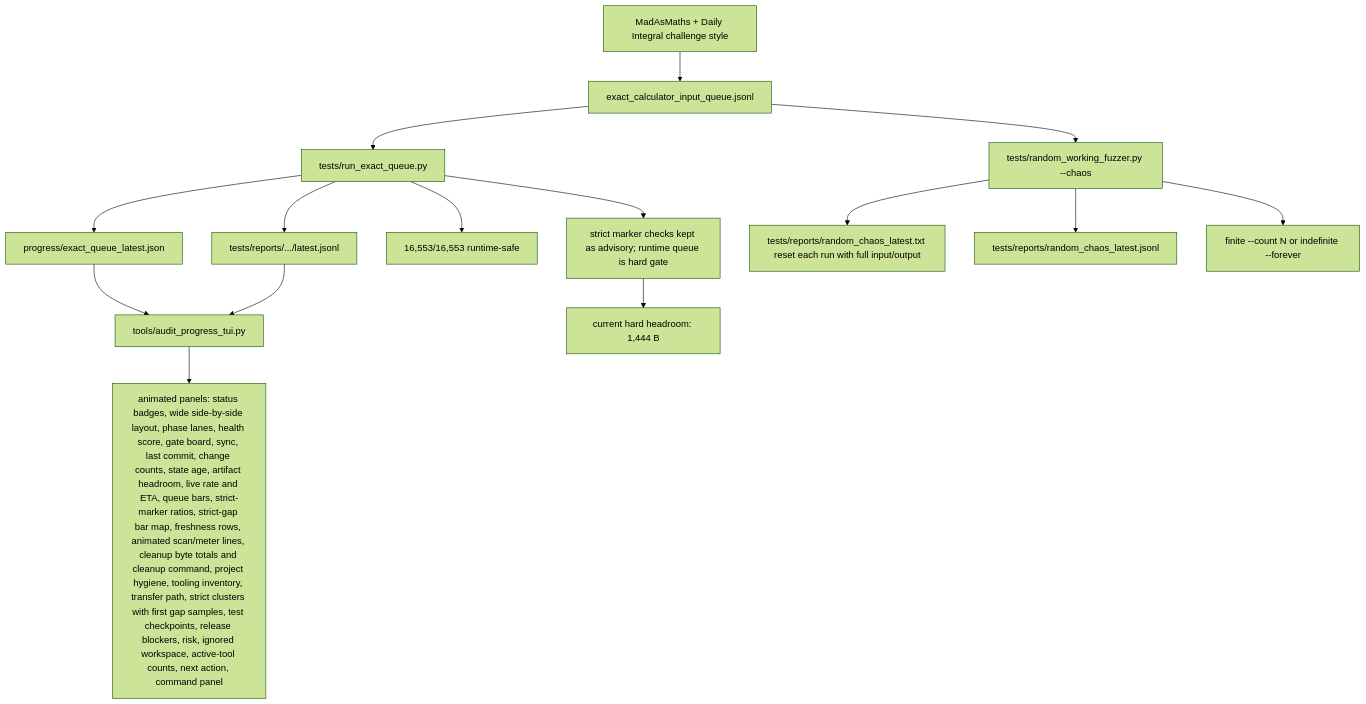
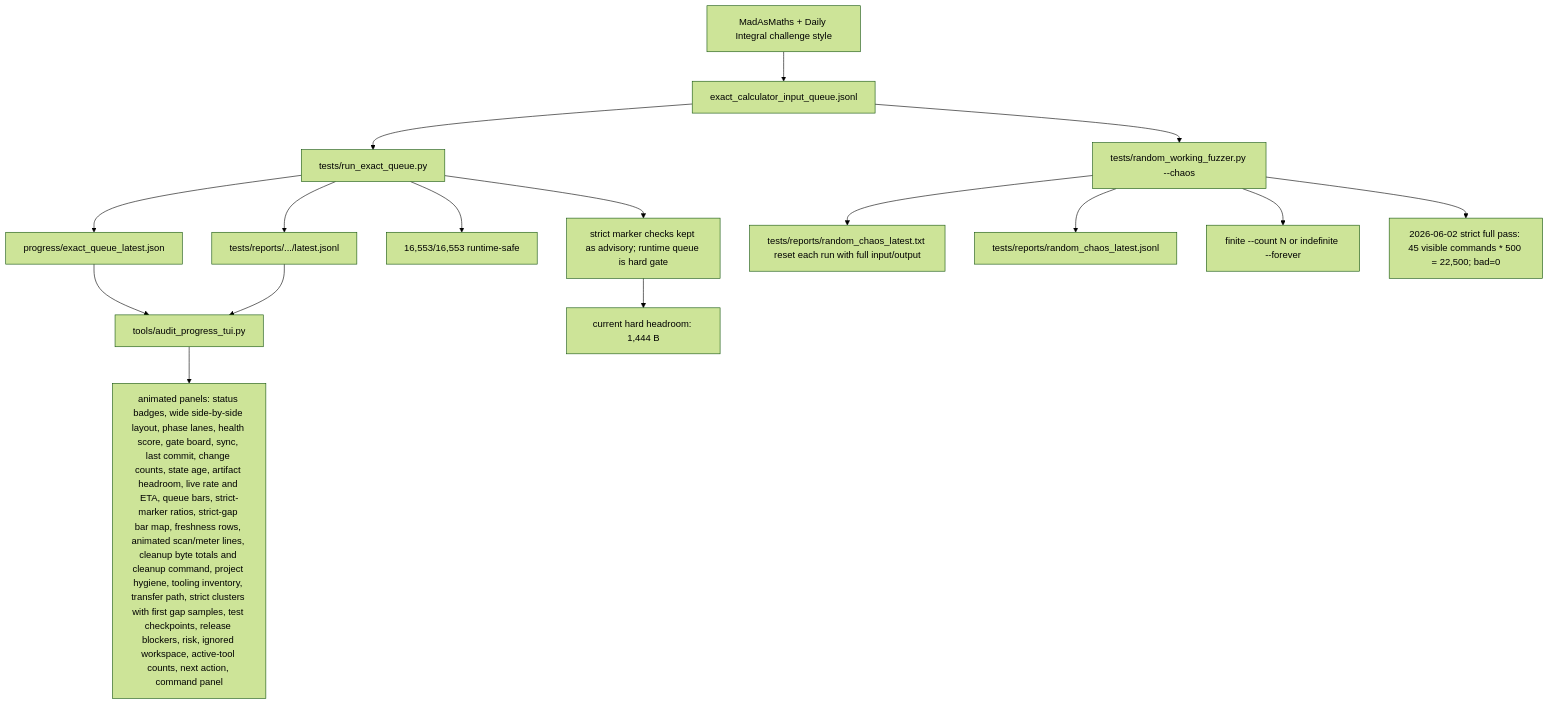
One commit to james8464/notes-addin-casio-fx-cg50 changed the sixth of 7 diagrams in docs/GRAPH.md. Above: the diagram before and after it, drawn with Mermaid (forest theme). The commit also changed other lines of this file, not shown here.

Commit message:
docs: record final strict fuzz coverage

````diff
--- a/docs/GRAPH.md
+++ b/docs/GRAPH.md
@@ -83,17 +84,18 @@
 ```mermaid
 graph TD
   Online["MadAsMaths + Daily Integral challenge style"] --> Queue["exact_calculator_input_queue.jsonl"]
   Queue --> Runner["tests/run_exact_queue.py"]
   Runner --> Live["progress/exact_queue_latest.json"]
   Runner --> Report["tests/reports/.../latest.jsonl"]
   Live --> TUI["tools/audit_progress_tui.py"]
   Report --> TUI
   Queue --> Chaos["tests/random_working_fuzzer.py --chaos"]
   Chaos --> Transcript["tests/reports/random_chaos_latest.txt reset each run with full input/output"]
   Chaos --> FuzzReport["tests/reports/random_chaos_latest.jsonl"]
   Chaos --> Modes["finite --count N or indefinite --forever"]
+  Chaos --> FinalStrict["2026-06-02 strict full pass: 45 visible commands * 500 = 22,500; bad=0"]
   TUI --> Panels["animated panels: status badges, wide side-by-side layout, phase lanes, health score, gate board, sync, last commit, change counts, state age, artifact headroom, live rate and ETA, queue bars, strict-marker ratios, strict-gap bar map, freshness rows, animated scan/meter lines, cleanup byte totals and cleanup command, project hygiene, tooling inventory, transfer path, strict clusters with first gap samples, test checkpoints, release blockers, risk, ignored workspace, active-tool counts, next action, command panel"]
   Runner --> Runtime["16,553/16,553 runtime-safe"]
   Runner --> Strict["strict marker checks kept as advisory; runtime queue is hard gate"]
   Strict --> Remaining["current hard headroom: 1,444 B"]
 ```
````
